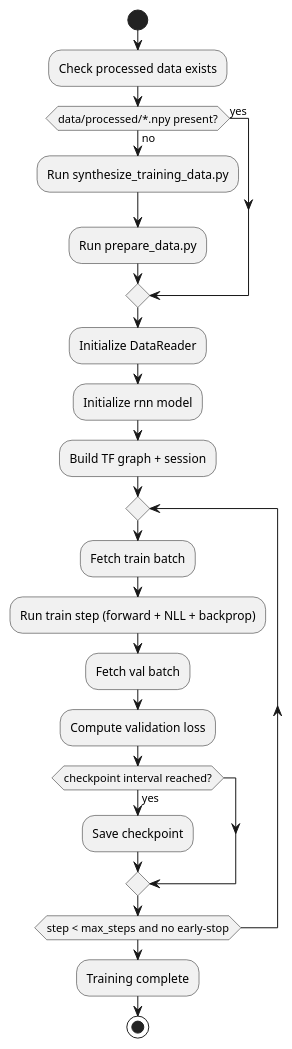
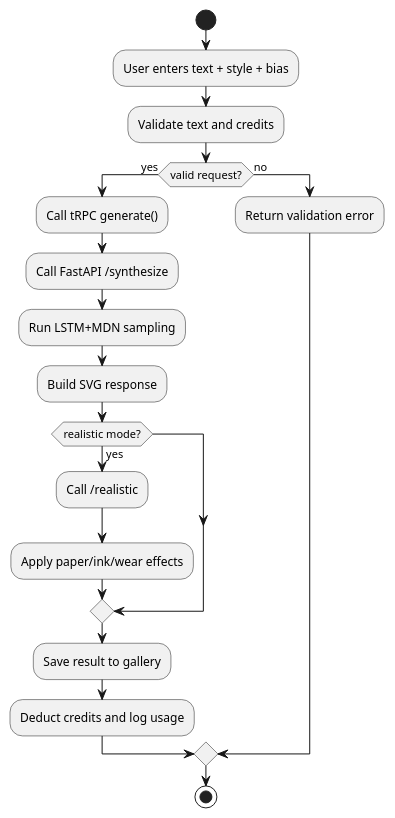
The seventh of 15 diagrams in docss/CONCEPTUAL_DIAGRAMS.md (bhadraagada/ctrlpluspen), drawn with PlantUML before and after one commit. The commit also changed other lines of this file and 138 other files, not shown here.

````diff
--- a/docss/CONCEPTUAL_DIAGRAMS.md
+++ b/docss/CONCEPTUAL_DIAGRAMS.md
@@ -334,33 +452,25 @@
 ```plantuml
 @startuml
 skinparam monochrome true
 skinparam shadowing false
 
 start
-:Check processed data exists;
-if (data/processed/*.npy present?) then (yes)
+:User enters text + style + bias;
+:Validate text and credits;
+if (valid request?) then (yes)
+  :Call tRPC generate();
+  :Call FastAPI /synthesize;
+  :Run LSTM+MDN sampling;
+  :Build SVG response;
+  if (realistic mode?) then (yes)
+    :Call /realistic;
+    :Apply paper/ink/wear effects;
+  endif
+  :Save result to gallery;
+  :Deduct credits and log usage;
 else (no)
-  :Run synthesize_training_data.py;
-  :Run prepare_data.py;
+  :Return validation error;
 endif
-
-:Initialize DataReader;
-:Initialize rnn model;
-:Build TF graph + session;
-
-repeat
-  :Fetch train batch;
-  :Run train step (forward + NLL + backprop);
-  :Fetch val batch;
-  :Compute validation loss;
-
-  if (checkpoint interval reached?) then (yes)
-    :Save checkpoint;
-  endif
-
-repeat while (step < max_steps and no early-stop)
-
-:Training complete;
 stop
 @enduml
 ```
````
